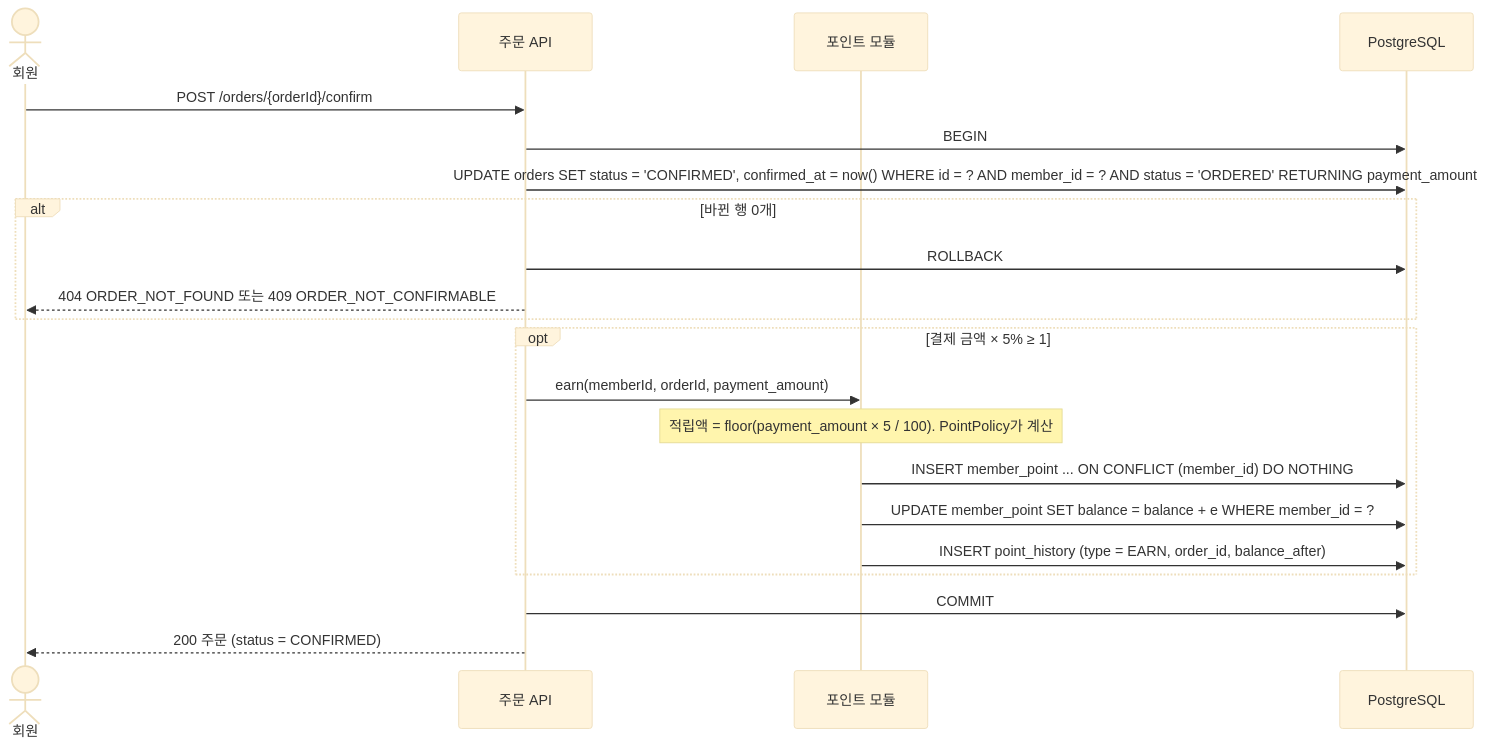
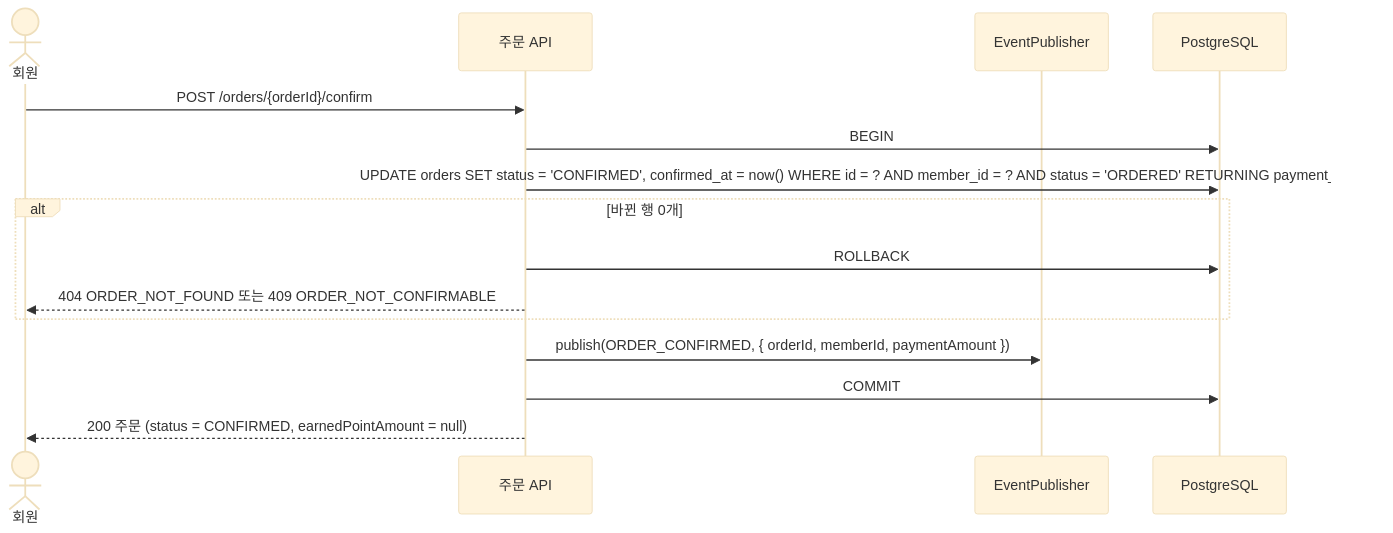
Before and after one commit to KAPUIST/flash-gate: the eighth of 9 diagrams in docs/features/order/flows.md, drawn with Mermaid (base theme). The commit also changed other lines of this file and 25 other files, not shown here.

````diff
--- a/docs/features/order/flows.md
+++ b/docs/features/order/flows.md
@@ -266,24 +351,18 @@
 ```mermaid
 sequenceDiagram
     actor U as 회원
     participant O as 주문 API
-    participant PT as 포인트 모듈
+    participant E as EventPublisher
     participant DB as PostgreSQL
 
     U->>O: POST /orders/{orderId}/confirm
     O->>DB: BEGIN
     O->>DB: UPDATE orders SET status = 'CONFIRMED', confirmed_at = now() WHERE id = ? AND member_id = ? AND status = 'ORDERED' RETURNING payment_amount
     alt 바뀐 행 0개
         O->>DB: ROLLBACK
         O-->>U: 404 ORDER_NOT_FOUND 또는 409 ORDER_NOT_CONFIRMABLE
     end
-    opt 결제 금액 × 5% ≥ 1
-        O->>PT: earn(memberId, orderId, payment_amount)
-        Note over PT: 적립액 = floor(payment_amount × 5 / 100). PointPolicy가 계산
-        PT->>DB: INSERT member_point ... ON CONFLICT (member_id) DO NOTHING
-        PT->>DB: UPDATE member_point SET balance = balance + e WHERE member_id = ?
-        PT->>DB: INSERT point_history (type = EARN, order_id, balance_after)
-    end
+    O->>E: publish(ORDER_CONFIRMED, { orderId, memberId, paymentAmount })
     O->>DB: COMMIT
-    O-->>U: 200 주문 (status = CONFIRMED)
+    O-->>U: 200 주문 (status = CONFIRMED, earnedPointAmount = null)
 ```
````
